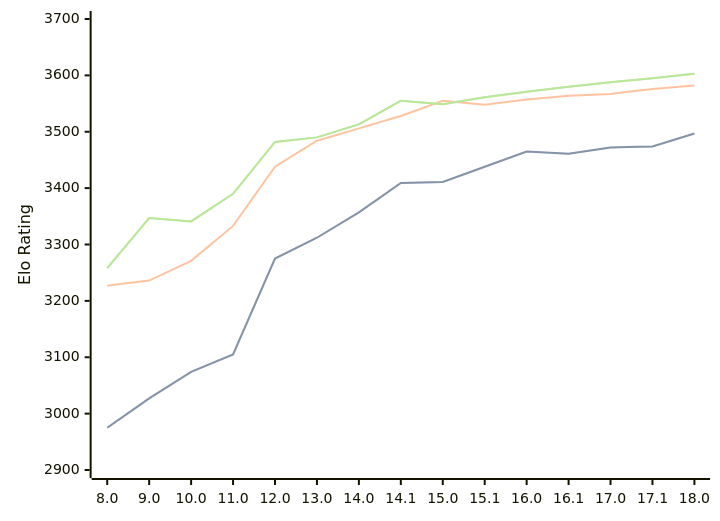
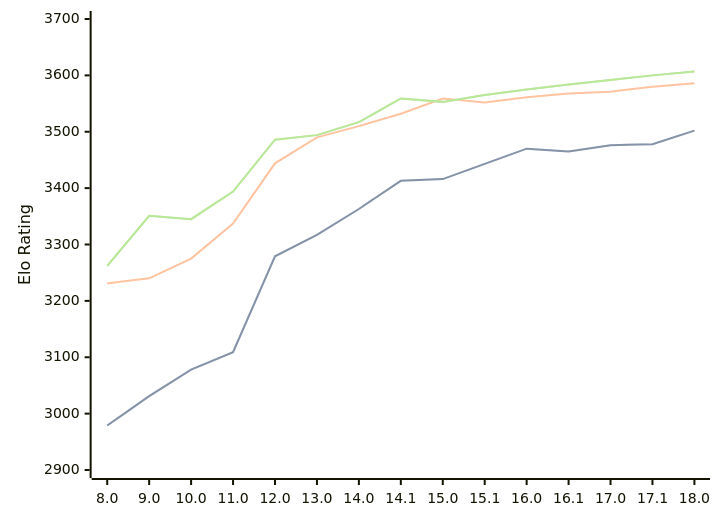
Before and after one commit to computer-chess-index/cci: the diagram in engines/Stockfish.md, drawn with Mermaid. The commit also changed other lines of this file, not shown here.

Commit message:
Update CCI Ratings (ELO VLTC) - 2026-08-18

````diff
--- a/engines/Stockfish.md
+++ b/engines/Stockfish.md
@@ -45,11 +45,11 @@
 ```mermaid
 %%{init: {"theme":"base","themeVariables":{"seriesColors:['#a3a3a3','#222221','#faa371']}}}%%
 xychart-beta
   x-axis ["8.0", "9.0", "10.0", "11.0", "12.0", "13.0", "14.0", "14.1", "15.0", "15.1", "16.0", "16.1", "17.0", "17.1", "18.0"]
   y-axis "Elo Rating" 2900 --> 3700
-  line "STC (8.0+0.08s)" [2975, 3027, 3074, 3105, 3275, 3312, 3357, 3409, 3411, 3438, 3465, 3461, 3472, 3474, 3497]
-  line "STC (8.0+0.08s)" [2975, 3027, 3074, 3105, 3275, 3312, 3357, 3409, 3411, 3438, 3465, 3461, 3472, 3474, 3497]
-  line "LTC (60.0+0.60s)" [3227, 3236, 3271, 3333, 3438, 3484, 3506, 3528, 3555, 3548, 3557, 3564, 3567, 3576, 3582]
-  line "VLTC (2m24s+1.12s)" [3258, 3347, 3341, 3390, 3482, 3490, 3513, 3555, 3549, 3561, 3571, 3580, 3588, 3595, 3603]
-  line "VLTC (2m24s+1.12s)" [3258, 3347, 3341, 3390, 3482, 3490, 3513, 3555, 3549, 3561, 3571, 3580, 3588, 3595, 3603]
+  line "STC (8.0+0.08s)" [2979, 3031, 3078, 3109, 3279, 3317, 3363, 3413, 3416, 3443, 3470, 3465, 3476, 3478, 3502]
+  line "STC (8.0+0.08s)" [2979, 3031, 3078, 3109, 3279, 3317, 3363, 3413, 3416, 3443, 3470, 3465, 3476, 3478, 3502]
+  line "LTC (60.0+0.60s)" [3231, 3240, 3275, 3337, 3444, 3490, 3510, 3532, 3559, 3552, 3561, 3568, 3571, 3580, 3586]
+  line "VLTC (2m24s+1.12s)" [3262, 3351, 3345, 3394, 3486, 3494, 3517, 3559, 3553, 3565, 3575, 3584, 3592, 3600, 3607]
+  line "VLTC (2m24s+1.12s)" [3262, 3351, 3345, 3394, 3486, 3494, 3517, 3559, 3553, 3565, 3575, 3584, 3592, 3600, 3607]
 ```
````
